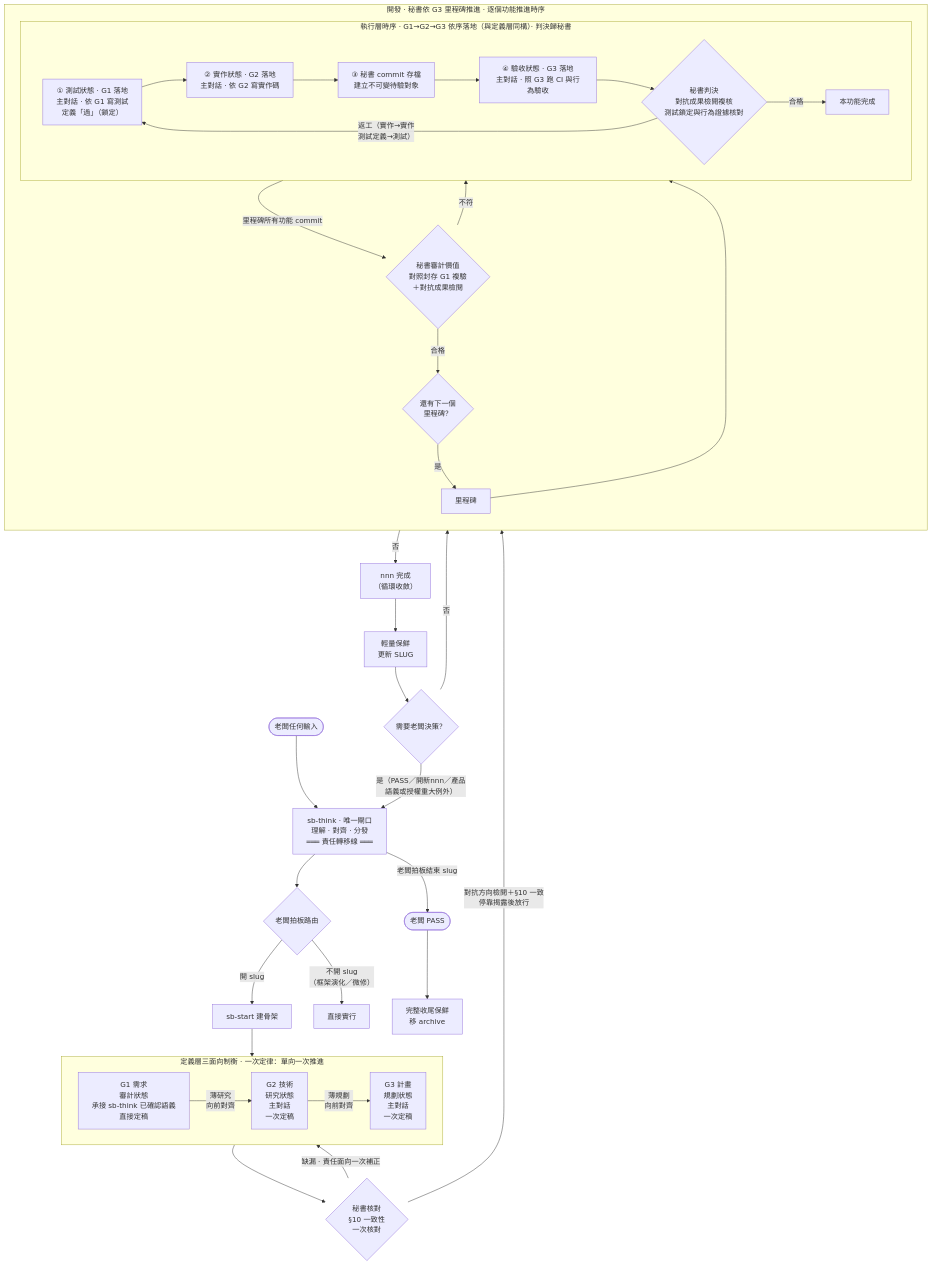
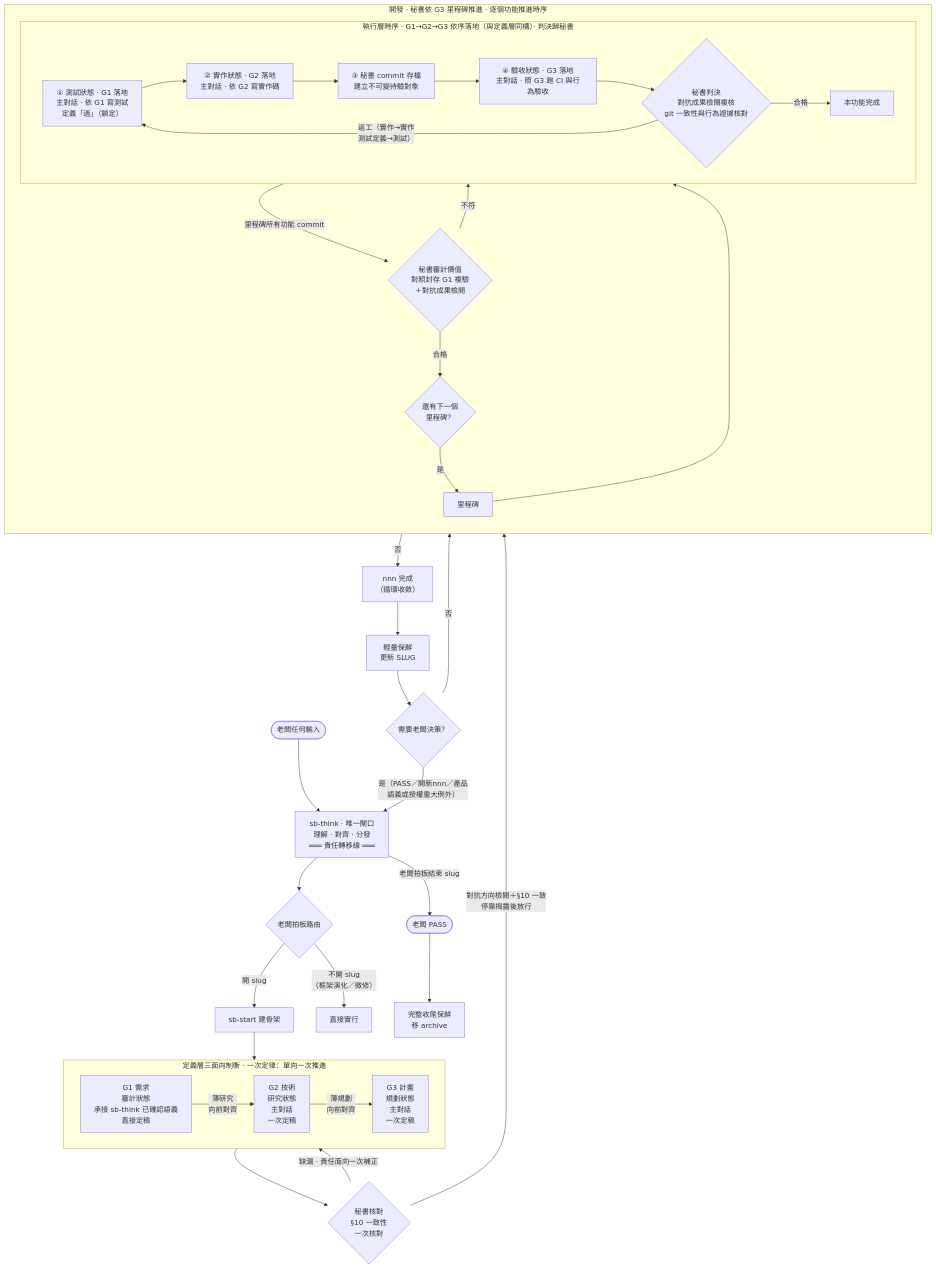
One commit to teps3105/shiftblame changed the first of 2 diagrams in README.md. Above: the diagram before and after it, drawn with Mermaid. The commit also changed other lines of this file and 20 other files, not shown here.

Commit message:
refactor: 拆除平行記錄體系，閘門回歸 git 與 flow-state

````diff
--- a/README.md
+++ b/README.md
@@ -53,43 +54,43 @@
 ```mermaid
 flowchart TD
     Boss([老闆任何輸入]) --> Think["sb-think · 唯一閘口<br/>理解 · 對齊 · 分發<br/>═══ 責任轉移線 ═══"]
     Think --> Route{老闆拍板路由}
     Route -- "開 slug" --> Start["sb-start 建骨架"] --> Check
     Route -- "不開 slug<br/>（框架演化／微修）" --> Direct["直接實行"]
 
     subgraph Check["定義層三面向制衡 · 一次定律：單向一次推進"]
         direction LR
         G1["G1 需求<br/>審計狀態<br/>承接 sb-think 已確認語義<br/>直接定稿"] -->|薄研究<br/>向前對齊| G2["G2 技術<br/>研究狀態<br/>主對話<br/>一次定稿"]
         G2 -->|薄規劃<br/>向前對齊| G3["G3 計畫<br/>規劃狀態<br/>主對話<br/>一次定稿"]
     end
 
     Check --> Consist{秘書核對<br/>§10 一致性<br/>一次核對}
     Consist -- 缺漏 · 責任面向一次補正 --> Check
     Consist -- "對抗方向檢閱＋§10 一致<br/>停靠揭露後放行" --> Dev
 
     subgraph Dev["開發 · 秘書依 G3 里程碑推進 · 逐個功能推進時序"]
         direction TB
         MS["里程碑"] --> Loop
         subgraph Loop["執行層時序 · G1→G2→G3 依序落地（與定義層同構）· 判決歸秘書"]
             direction LR
             T["① 測試狀態 · G1 落地<br/>主對話 · 依 G1 寫測試<br/>定義「過」（鎖定）"] --> D["② 實作狀態 · G2 落地<br/>主對話 · 依 G2 寫實作碼"]
             D --> Commit["③ 秘書 commit 存檔<br/>建立不可變待驗對象"]
             Commit --> A["④ 驗收狀態 · G3 落地<br/>主對話 · 照 G3 跑 CI 與行為驗收"]
-            A --> Judge{秘書判決<br/>對抗成果檢閱複核<br/>測試鎖定與行為證據核對}
+            A --> Judge{秘書判決<br/>對抗成果檢閱複核<br/>git 一致性與行為證據核對}
             Judge -- 合格 --> Done["本功能完成"]
             Judge -- "返工（實作→實作<br/>測試定義→測試）" --> T
         end
         Loop -- 里程碑所有功能 commit --> MA{"秘書審計價值<br/>對照封存 G1 複驗<br/>＋對抗成果檢閱"}
         MA -- 不符 --> Loop
         MA -- 合格 --> Next{還有下一個<br/>里程碑？}
         Next -- 是 --> MS
     end
 
     Next -- 否 --> NnnDone["nnn 完成<br/>（循環收斂）"]
     NnnDone --> LightFresh["輕量保鮮<br/>更新 SLUG"]
     LightFresh --> Decide{"需要老闆決策？"}
     Decide -- 是（PASS／開新nnn／產品語義或授權重大例外） --> Think
     Decide -- 否 --> Dev
     Think -- 老闆拍板結束 slug --> Pass([老闆 PASS])
     Pass --> FullFresh["完整收尾保鮮<br/>移 archive"]
 ```
````
